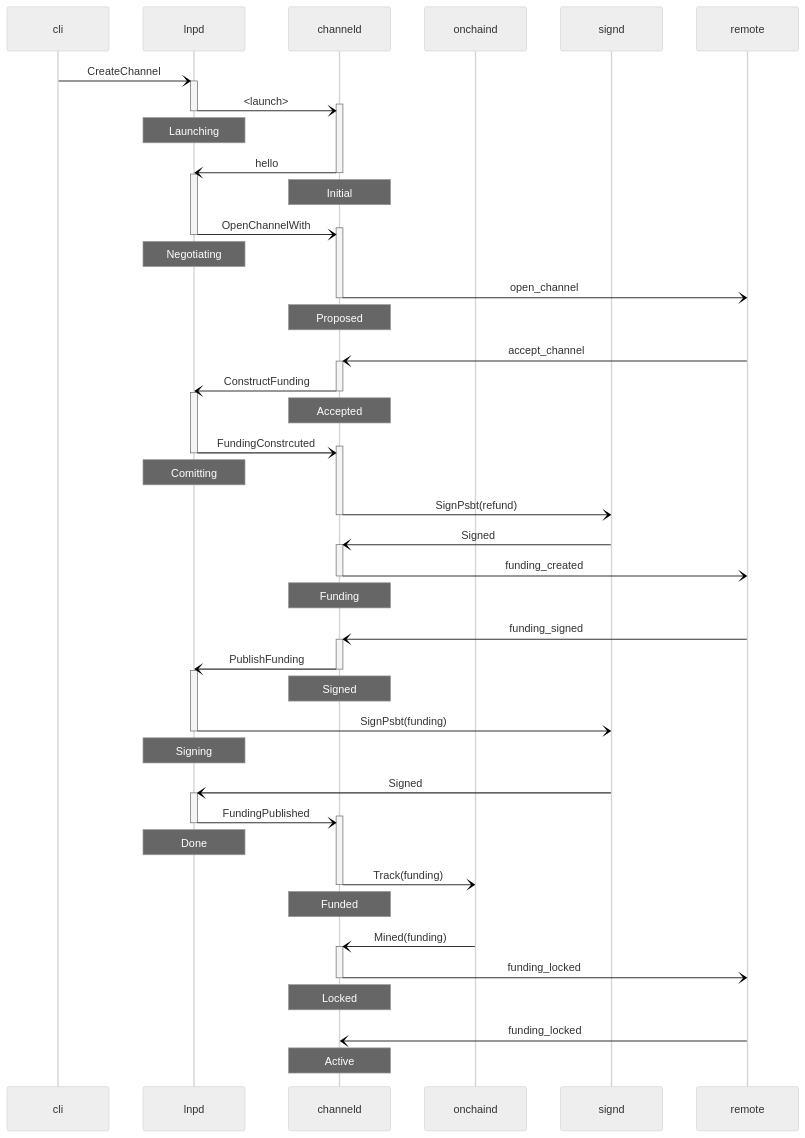
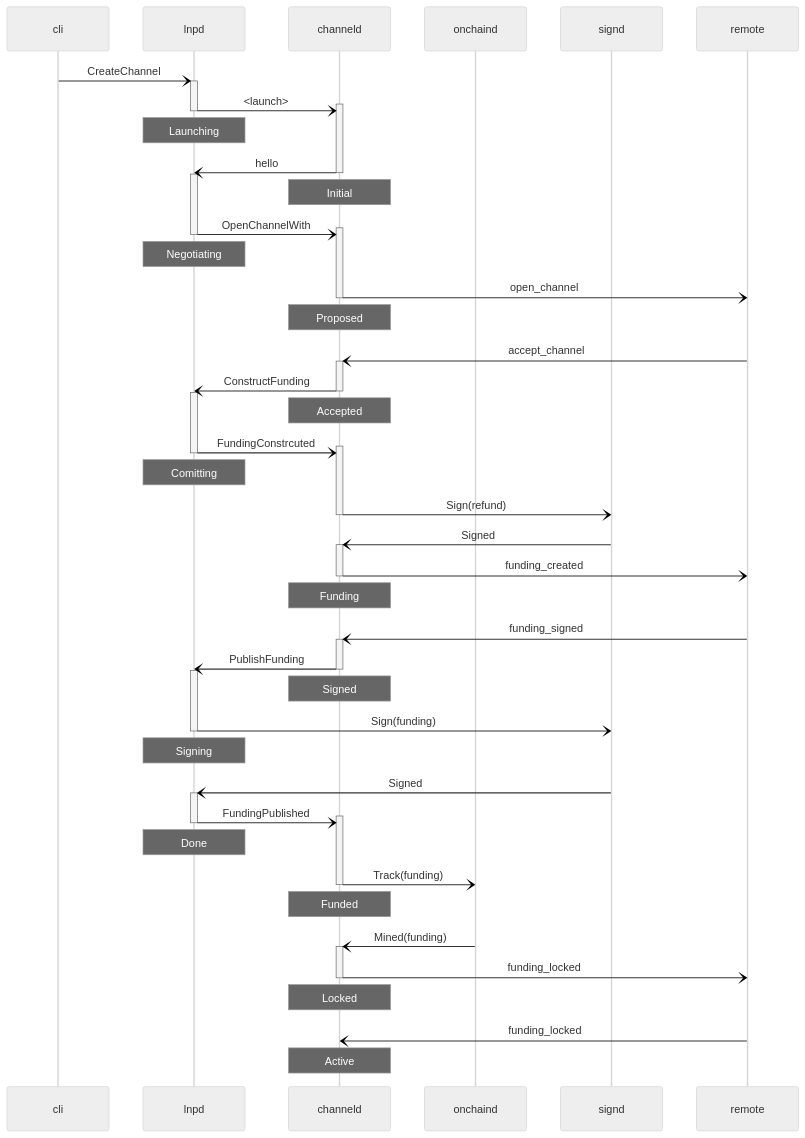
Before and after one commit to LNP-WG/lnp-node: the diagram in doc/workflows/channel_propose.mmd, drawn with Mermaid (neutral theme). The commit also changed 10 other files, not shown here.

```diff
--- a/doc/workflows/channel_propose.mmd
+++ b/doc/workflows/channel_propose.mmd
@@ -1,54 +1,54 @@
 sequenceDiagram
 
 participant cli
 participant lnpd
 participant channeld
 participant onchaind
 participant signd
 participant remote
 
 cli -) +lnpd: CreateChannel
 lnpd -) +channeld: <launch>
 deactivate lnpd
 note over lnpd: Launching
 channeld -) -lnpd: hello
 activate lnpd
 note over channeld: Initial
 lnpd -) +channeld: OpenChannelWith
 deactivate lnpd
 note over lnpd: Negotiating
 channeld -) -remote: open_channel
 note over channeld: Proposed
 
 remote -) +channeld: accept_channel
 channeld -) -lnpd: ConstructFunding
 activate lnpd
 note over channeld: Accepted
 lnpd -) +channeld: FundingConstrcuted
 deactivate lnpd
 note over lnpd: Comitting
-channeld -) -signd: SignPsbt(refund)
+channeld -) -signd: Sign(refund)
 signd -) +channeld: Signed
 channeld -) -remote: funding_created
 note over channeld: Funding
 
 remote -) +channeld: funding_signed
 channeld -) -lnpd: PublishFunding
 activate lnpd
 note over channeld: Signed
-lnpd -) signd: SignPsbt(funding)
+lnpd -) signd: Sign(funding)
 deactivate lnpd
 note over lnpd: Signing
 signd -) +lnpd: Signed
 lnpd -) +channeld: FundingPublished
 deactivate lnpd
 note over lnpd: Done
 channeld -) -onchaind: Track(funding)
 note over channeld: Funded
 
 onchaind -) +channeld: Mined(funding)
 channeld -) -remote: funding_locked
 note over channeld: Locked
 
 remote -) channeld: funding_locked
 note over channeld: Active
```
